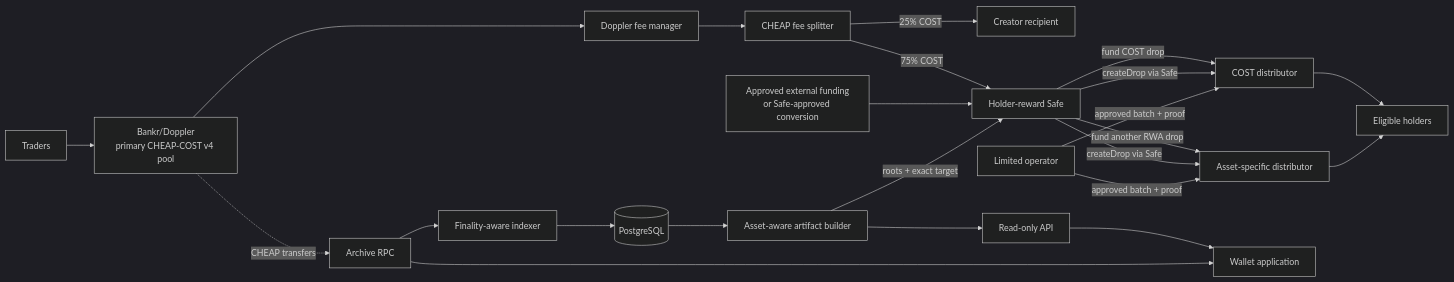
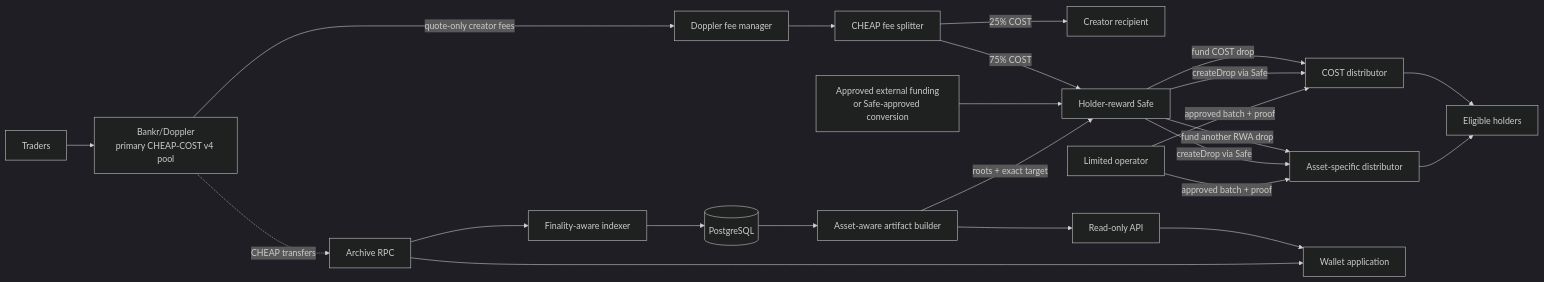
The diagram in docs/ARCHITECTURE.md (Cheap-Coin/protocol), drawn with Mermaid (dark theme) before and after one commit. The commit also changed other lines of this file and 11 other files, not shown here.

````diff
--- a/docs/ARCHITECTURE.md
+++ b/docs/ARCHITECTURE.md
@@ -7,27 +7,27 @@
 ```mermaid
 flowchart LR
   T[Traders] --> P[Bankr/Doppler<br/>primary CHEAP-COST v4 pool]
-  P --> F[Doppler fee manager]
+  P -->|quote-only creator fees| F[Doppler fee manager]
   F --> S[CHEAP fee splitter]
   S -->|25% COST| C[Creator recipient]
   S -->|75% COST| H[Holder-reward Safe]
 
   H -->|fund COST drop| DC[COST distributor]
   X[Approved external funding<br/>or Safe-approved conversion] --> H
   H -->|fund another RWA drop| DR[Asset-specific distributor]
   DC --> U[Eligible holders]
   DR --> U
 
   P -. CHEAP transfers .-> R[Archive RPC]
   R --> I[Finality-aware indexer]
   I --> DB[(PostgreSQL)]
   DB --> A[Asset-aware artifact builder]
   A -->|roots + exact target| H
   A --> API[Read-only API]
   API --> W[Wallet application]
   R --> W
   H -->|createDrop via Safe| DC
   H -->|createDrop via Safe| DR
   O[Limited operator] -->|approved batch + proof| DC
   O -->|approved batch + proof| DR
 ```
````
